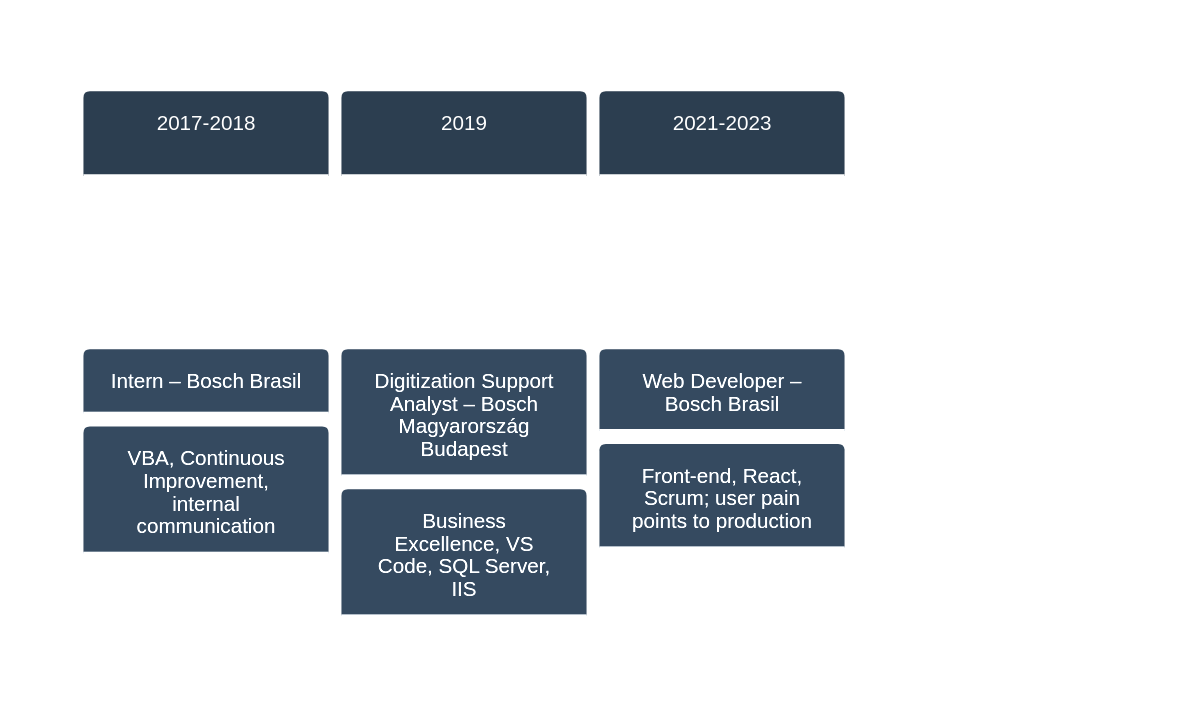
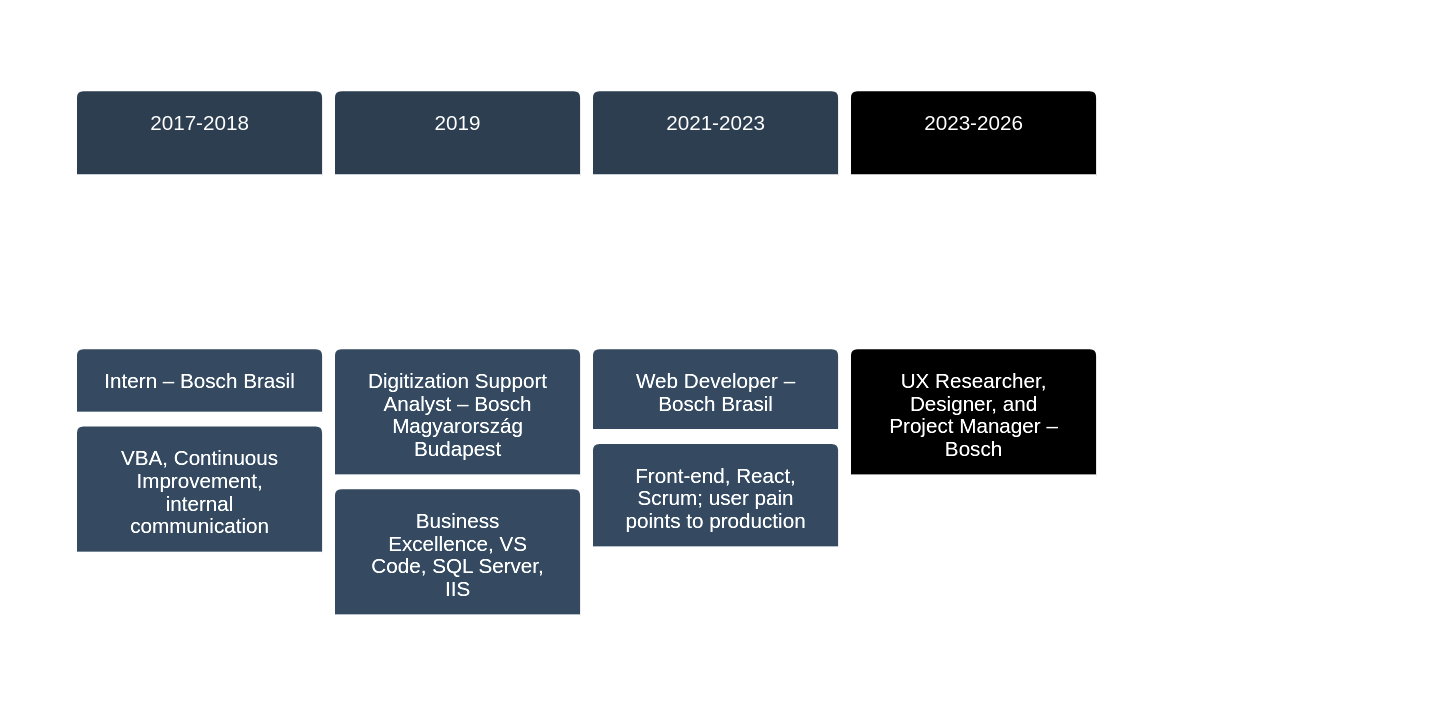
One commit to duducm2/my-personal-repo changed diagram 11 of 13 in portfolio/mermaid/diagrams.md. Above: the diagram before and after it, drawn with Mermaid. The commit also changed other lines of this file and 3 other files, not shown here.

````diff
--- a/portfolio/mermaid/diagrams.md
+++ b/portfolio/mermaid/diagrams.md
@@ -249,8 +170,9 @@
 ```mermaid
 %%{init: {'theme': 'base', 'themeVariables': { 'cScale0': '#2c3e50', 'cScale1': '#2c3e50', 'cScale2': '#2c3e50', 'primaryColor': '#2c3e50', 'primaryTextColor': '#fff', 'primaryBorderColor': '#bdc3c7', 'fontFamily': 'Lato'}}}%%
 timeline
     title Experience Timeline
     2017-2018 : Intern – Bosch Brasil : VBA, Continuous Improvement, internal communication
     2019 : Digitization Support Analyst – Bosch Magyarország Budapest : Business Excellence, VS Code, SQL Server, IIS
     2021-2023 : Web Developer – Bosch Brasil : Front-end, React, Scrum; user pain points to production
+    2023-2026 : UX Researcher, Designer, and Project Manager – Bosch
 ```
````
